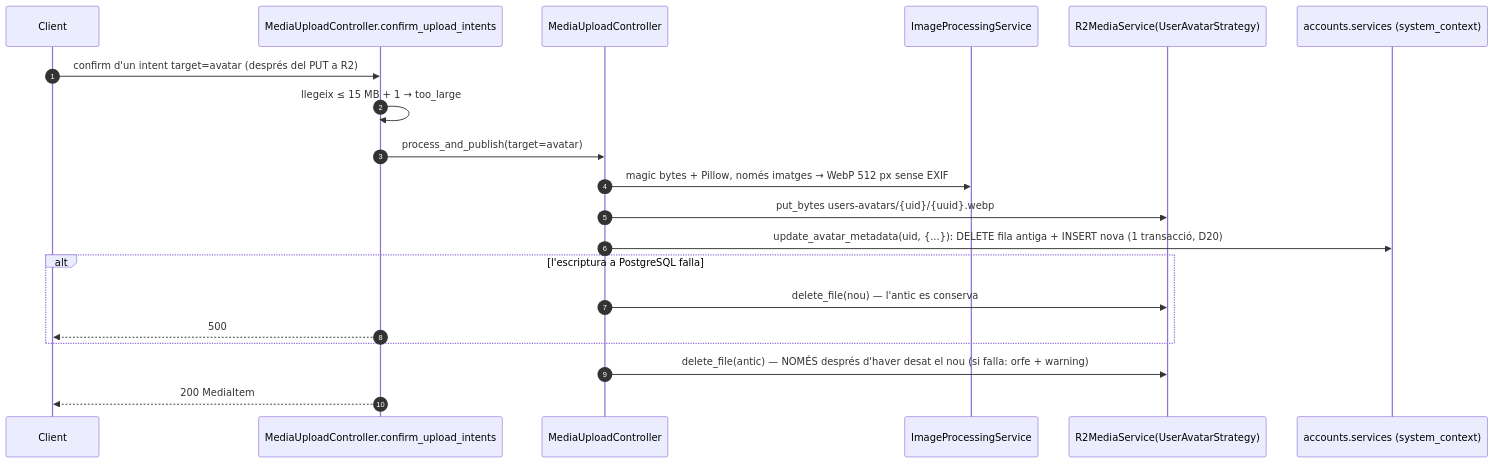
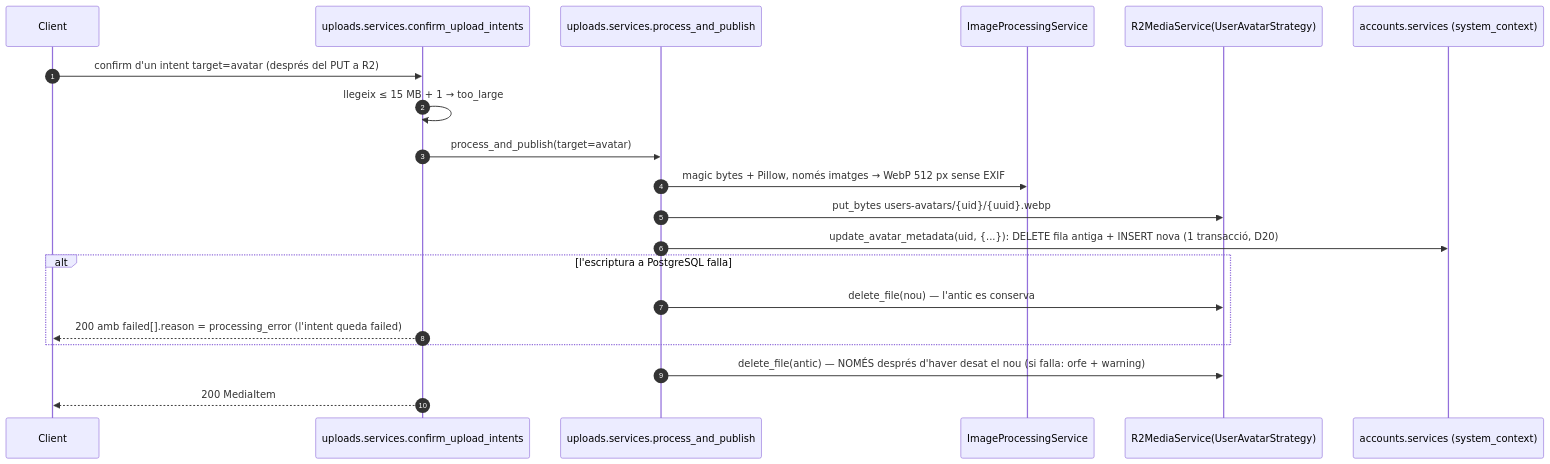
The diagram in docs/flows/02-user-avatar.md (jordirev/RefugisLliures_Backend), drawn with Mermaid before and after one commit. The commit also changed other lines of this file and 1 other file, not shown here.

Commit message:
[Experiencies] docs: fluxos 2 i 3 per a apps/uploads (intents a PostgreSQL, purga)

````diff
--- a/docs/flows/02-user-avatar.md
+++ b/docs/flows/02-user-avatar.md
@@ -19,23 +19,23 @@
 ```mermaid
 sequenceDiagram
     autonumber
     participant C as Client
-    participant UC as MediaUploadController.confirm_upload_intents
-    participant MC as MediaUploadController
+    participant UC as uploads.services.confirm_upload_intents
+    participant MC as uploads.services.process_and_publish
     participant IP as ImageProcessingService
     participant R2 as R2MediaService(UserAvatarStrategy)
     participant A as accounts.services (system_context)
 
     C->>UC: confirm d'un intent target=avatar (després del PUT a R2)
     UC->>UC: llegeix ≤ 15 MB + 1 → too_large
     UC->>MC: process_and_publish(target=avatar)
     MC->>IP: magic bytes + Pillow, només imatges → WebP 512 px sense EXIF
     MC->>R2: put_bytes users-avatars/{uid}/{uuid}.webp
     MC->>A: update_avatar_metadata(uid, {...}): DELETE fila antiga + INSERT nova (1 transacció, D20)
     alt l'escriptura a PostgreSQL falla
         MC->>R2: delete_file(nou) — l'antic es conserva
-        UC-->>C: 500
+        UC-->>C: 200 amb failed[].reason = processing_error (l'intent queda failed)
     end
     MC->>R2: delete_file(antic) — NOMÉS després d'haver desat el nou (si falla: orfe + warning)
     UC-->>C: 200 MediaItem
 ```
````
